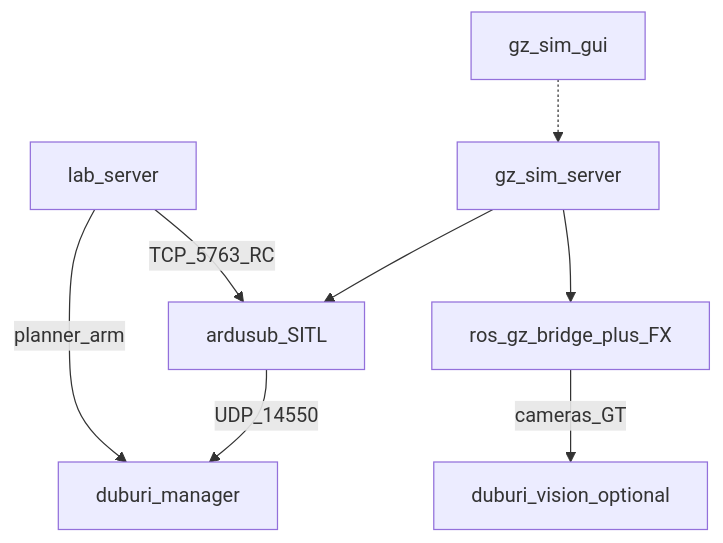
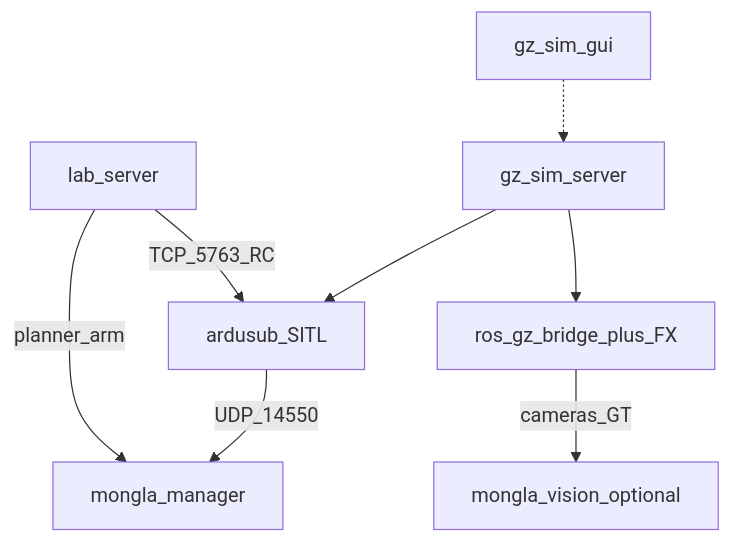
One commit to fh1m/duburi_ws changed the diagram in sim/.context/OPERATOR.md. Above: the diagram before and after it, drawn with Mermaid. The commit also changed other lines of this file and 1668 other files, not shown here.

````diff
--- a/sim/.context/OPERATOR.md
+++ b/sim/.context/OPERATOR.md
@@ -13,17 +13,17 @@
 ```mermaid
 flowchart TB
   Gz[gz_sim_server]
   Gui[gz_sim_gui]
   AS[ardusub_SITL]
   Br[ros_gz_bridge_plus_FX]
-  Mgr[duburi_manager]
-  Vis[duburi_vision_optional]
+  Mgr[mongla_manager]
+  Vis[mongla_vision_optional]
   Lab[lab_server]
   Gz --> AS
   Gz --> Br
   Gui -.-> Gz
   AS -->|UDP_14550| Mgr
   Br -->|cameras_GT| Vis
   Lab -->|TCP_5763_RC| AS
   Lab -->|planner_arm| Mgr
 ```
````
